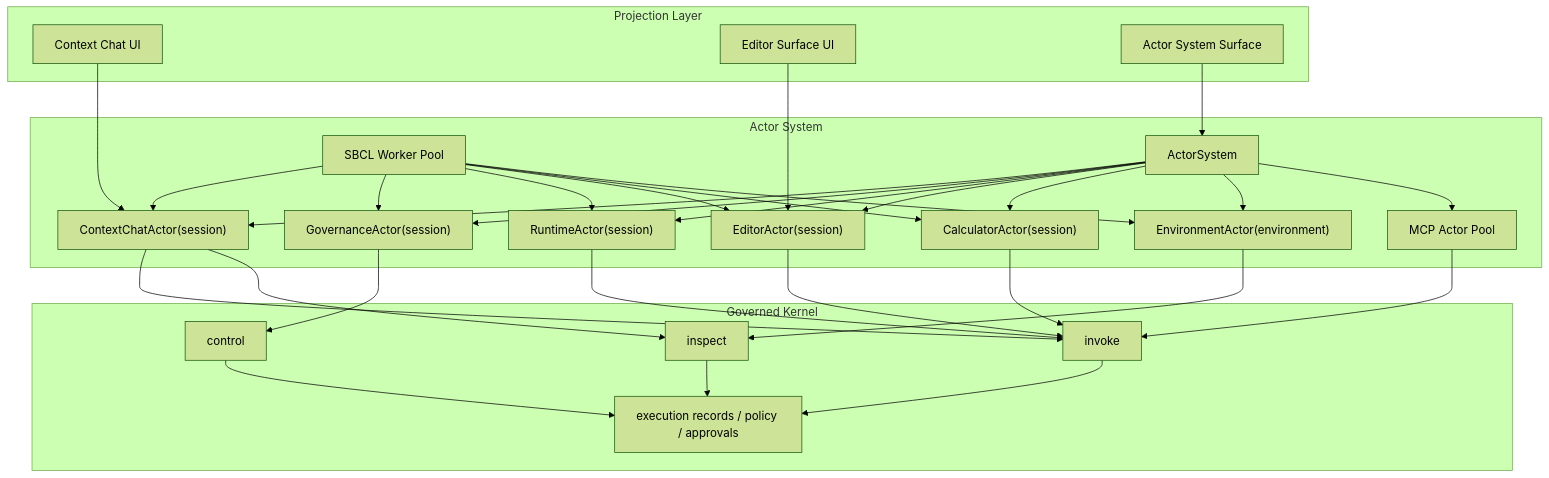
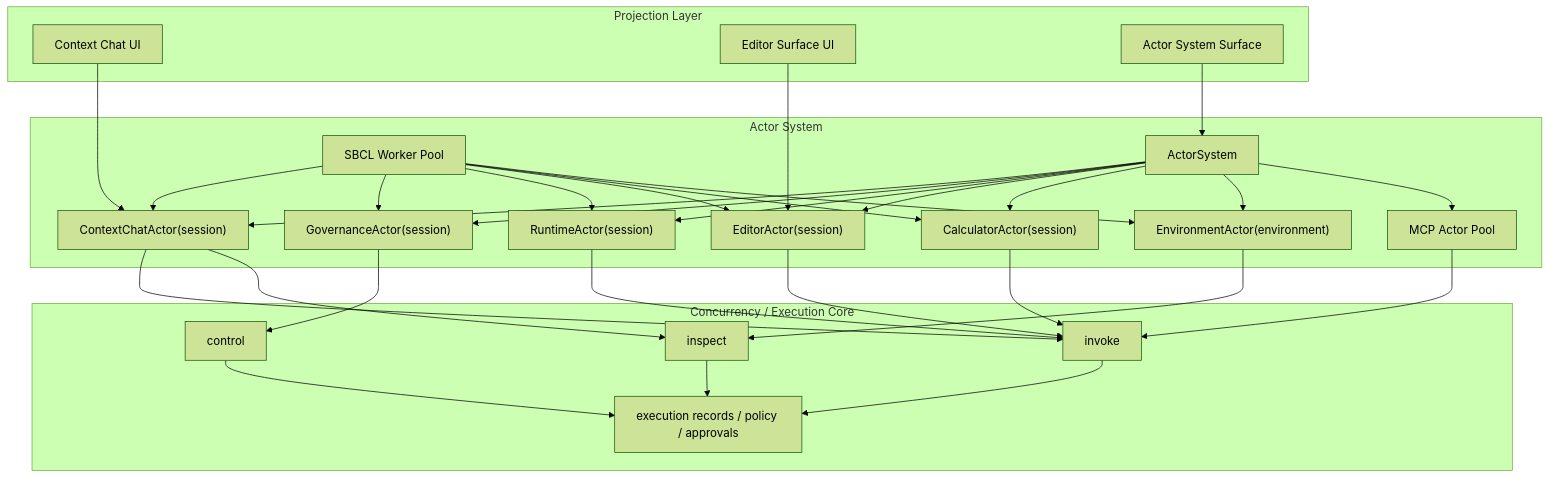
Before and after one commit to pauljbernard/sbcl-agent: the second of 6 diagrams in docs/architecture.md, drawn with Mermaid (forest theme). The commit also changed other lines of this file and 124 other files, not shown here.

Commit message:
Refactor runtime around actor concurrency core

````diff
--- a/docs/architecture.md
+++ b/docs/architecture.md
@@ -113,59 +114,59 @@
 ```mermaid
 flowchart TB
     subgraph UX["Projection Layer"]
         ChatUI["Context Chat UI"]
         EditorUI["Editor Surface UI"]
         BrowserUI["Actor System Surface"]
     end
 
     subgraph Actors["Actor System"]
         Root["ActorSystem"]
         Chat["ContextChatActor(session)"]
         Gov["GovernanceActor(session)"]
         Run["RuntimeActor(session)"]
         Edit["EditorActor(session)"]
         Calc["CalculatorActor(session)"]
         Env["EnvironmentActor(environment)"]
         MCP["MCP Actor Pool"]
         Pool["SBCL Worker Pool"]
     end
 
-    subgraph Kernel["Governed Kernel"]
+    subgraph Core["Concurrency / Execution Core"]
         Invoke["invoke"]
         Inspect["inspect"]
         Control["control"]
         Records["execution records / policy / approvals"]
     end
 
     ChatUI --> Chat
     EditorUI --> Edit
     BrowserUI --> Root
 
     Root --> Chat
     Root --> Gov
     Root --> Run
     Root --> Edit
     Root --> Calc
     Root --> Env
     Root --> MCP
 
     Pool --> Chat
     Pool --> Gov
     Pool --> Run
     Pool --> Edit
     Pool --> Calc
     Pool --> Env
 
     Chat --> Invoke
     Chat --> Inspect
     Gov --> Control
     Run --> Invoke
     Edit --> Invoke
     Calc --> Invoke
     Env --> Inspect
     MCP --> Invoke
 
     Invoke --> Records
     Inspect --> Records
     Control --> Records
 ```
````
